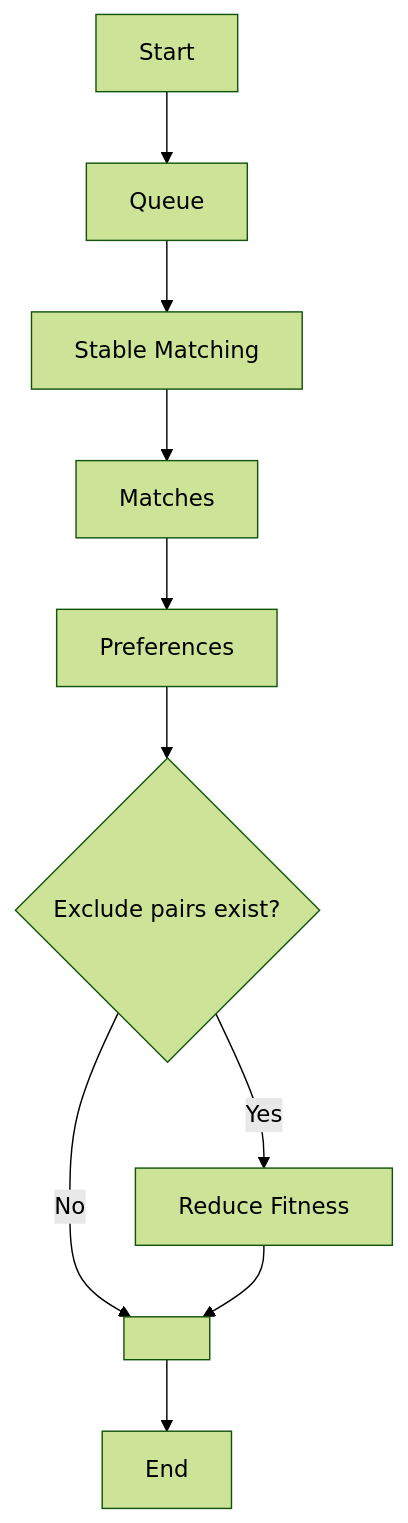
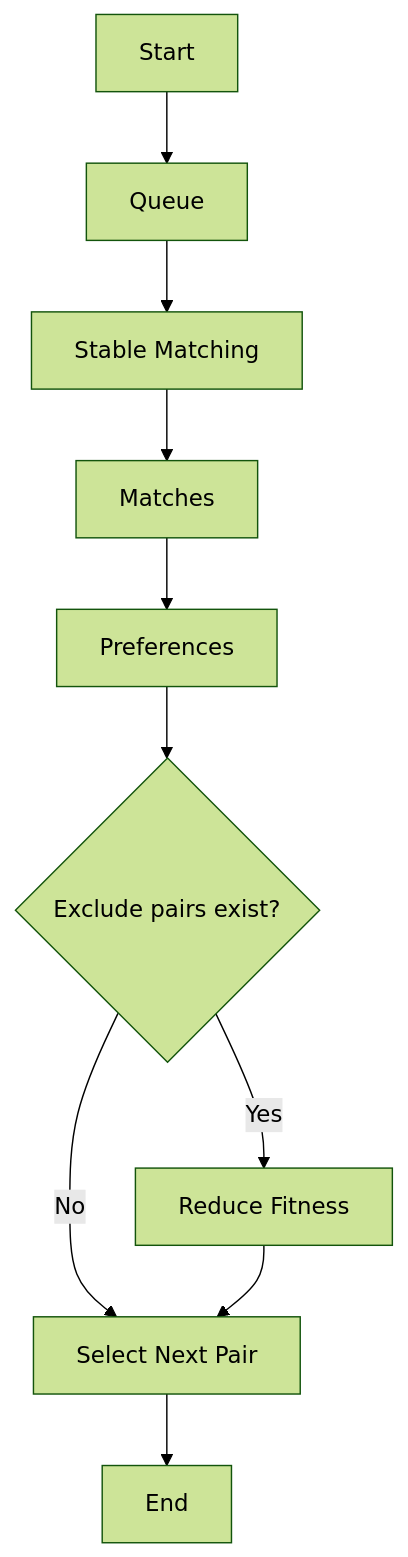
The first of 3 diagrams in documents/complete-manual.md (FitHanuSpecialSubject/GA-Application-Java), drawn with Mermaid (forest theme) before and after one commit. The commit also changed other lines of this file, not shown here.

Commit message:
Add definition to GT, SMT, fix flow of event

````diff
--- a/documents/complete-manual.md
+++ b/documents/complete-manual.md
@@ -78,14 +79,12 @@
 ```mermaid
 flowchart TD
     A[Start] --> B[Queue]
     B --> C[ Stable Matching]
     C --> D[Matches]
     D --> E[Preferences]
     E --> F{Exclude pairs exist?}
     F -->|Yes| G[Reduce Fitness]
-    F -->|No| H[   ]
+    F -->|No| H[Select Next Pair]
     G --> H
     H --> J[End]
-
-
 ```
````
